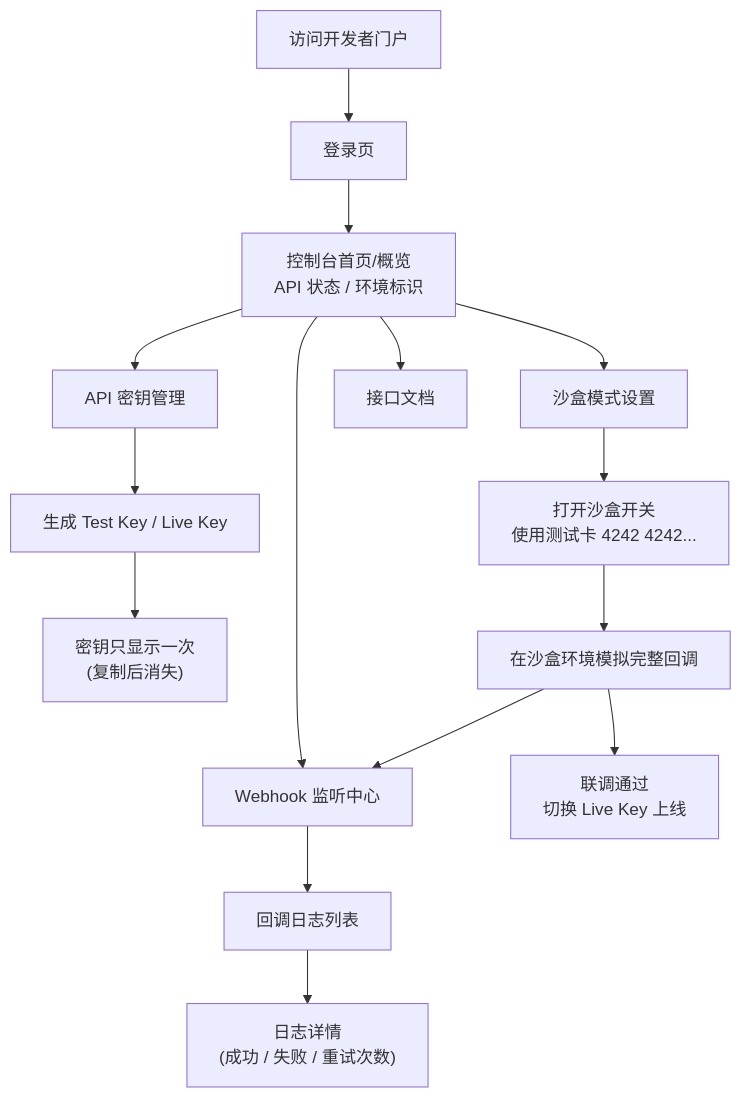
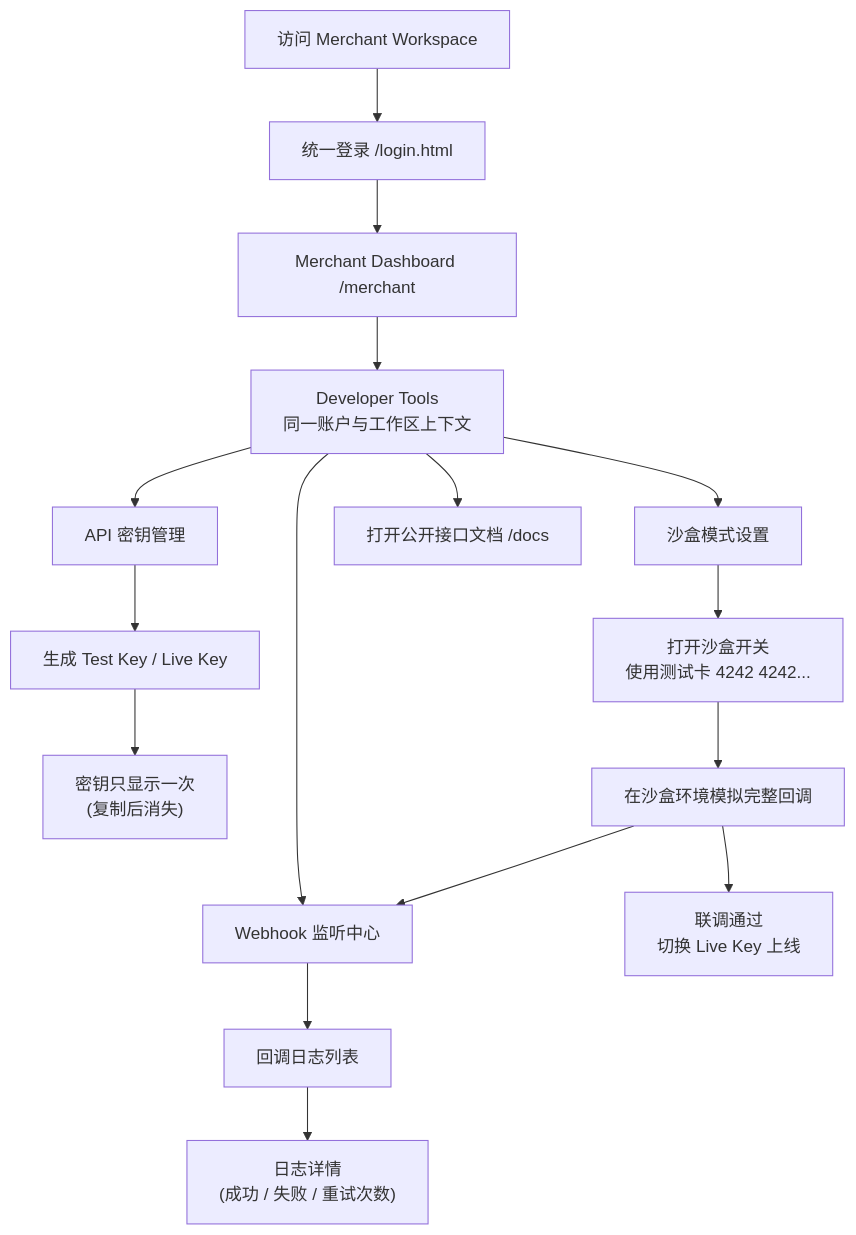
Before and after one commit to banlijam/huizhi: the fifth of 6 diagrams in 页面流转图.md, drawn with Mermaid. The commit also changed other lines of this file and 24 other files, not shown here.

Commit message:
feat(frontend): align routes auth and checkout flow

````diff
--- a/页面流转图.md
+++ b/页面流转图.md
@@ -105,17 +105,18 @@
 ```mermaid
 flowchart TD
-    A["访问开发者门户"] --> B["登录页"]
-    B --> C["控制台首页/概览<br/>API 状态 / 环境标识"]
-    C --> D["API 密钥管理"]
-    C --> E["沙盒模式设置"]
-    C --> F["Webhook 监听中心"]
-    C --> G["接口文档"]
+    A["访问 Merchant Workspace"] --> B["统一登录 /login.html"]
+    B --> C["Merchant Dashboard /merchant"]
+    C --> T["Developer Tools<br/>同一账户与工作区上下文"]
+    T --> D["API 密钥管理"]
+    T --> E["沙盒模式设置"]
+    T --> F["Webhook 监听中心"]
+    T --> G["打开公开接口文档 /docs"]
     D --> D1["生成 Test Key / Live Key"]
     D1 --> D2["密钥只显示一次<br/>(复制后消失)"]
     E --> E1["打开沙盒开关<br/>使用测试卡 4242 4242..."]
     E1 --> H["在沙盒环境模拟完整回调"]
     H --> F
     H --> I["联调通过<br/>切换 Live Key 上线"]
     F --> F1["回调日志列表"]
     F1 --> F2["日志详情<br/>(成功 / 失败 / 重试次数)"]
 ```
````
